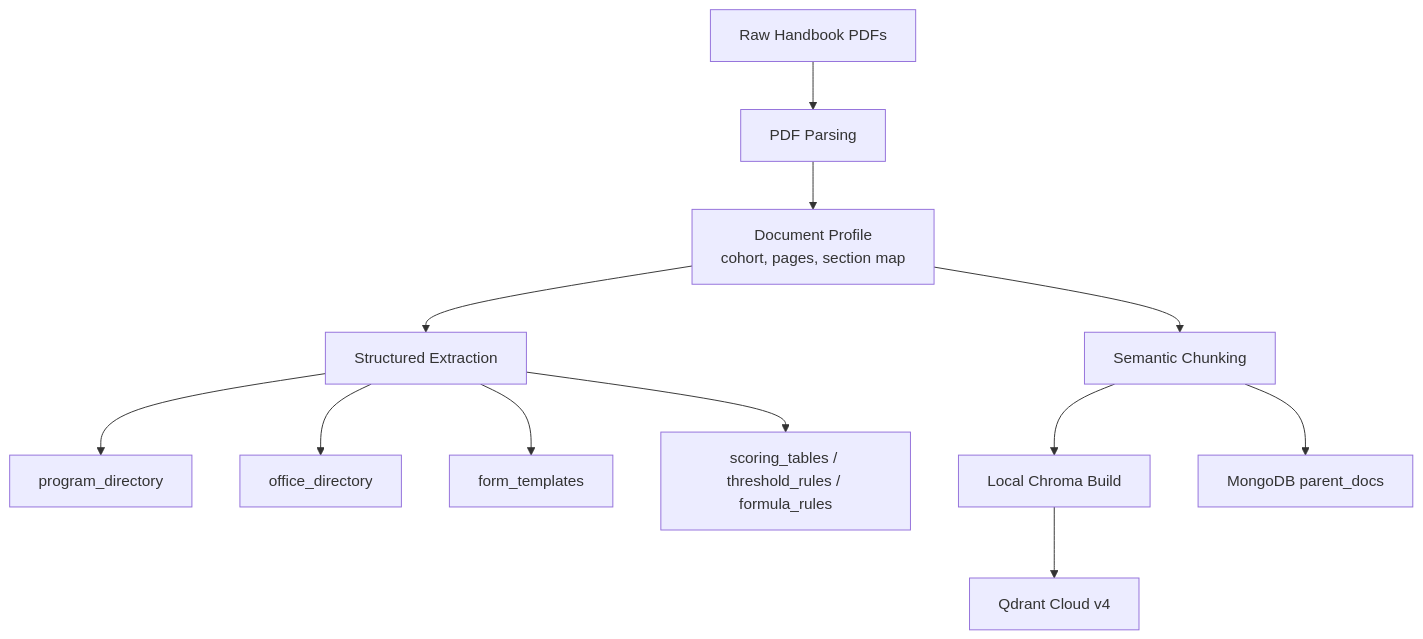
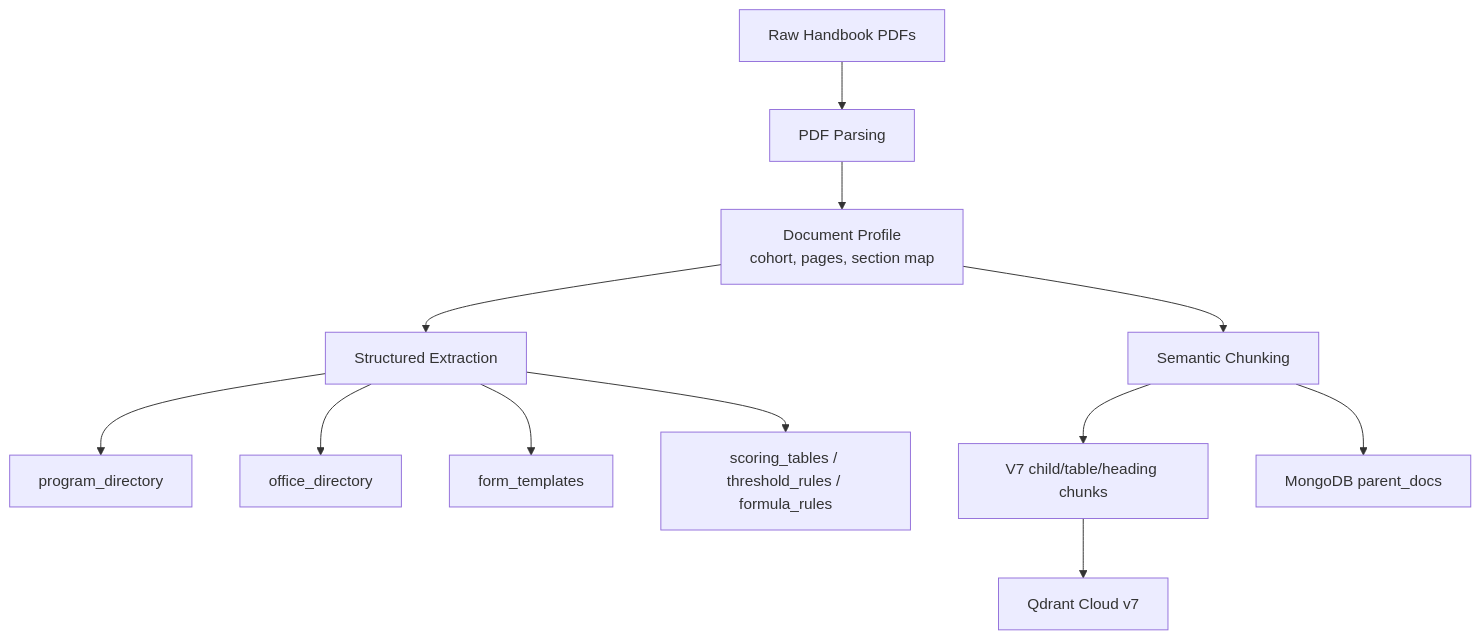
The third of 3 diagrams in README.md (AnhPhiNe/student-handbook-rag-chatbot), drawn with Mermaid before and after one commit. The commit also changed other lines of this file, not shown here.

````diff
--- a/README.md
+++ b/README.md
@@ -173,16 +173,16 @@
 ```mermaid
 flowchart TD
     PDF["Raw Handbook PDFs"] --> Parse["PDF Parsing"]
     Parse --> Profile["Document Profile\ncohort, pages, section map"]
     Profile --> Extract["Structured Extraction"]
     Profile --> Chunk["Semantic Chunking"]
 
     Extract --> Program["program_directory"]
     Extract --> Office["office_directory"]
     Extract --> Form["form_templates"]
     Extract --> Score["scoring_tables / threshold_rules / formula_rules"]
 
-    Chunk --> Chroma["Local Chroma Build"]
-    Chroma --> Qdrant["Qdrant Cloud v4"]
+    Chunk --> V7["V7 child/table/heading chunks"]
+    V7 --> Qdrant["Qdrant Cloud v7"]
     Chunk --> Docstore["MongoDB parent_docs"]
 ```
````
